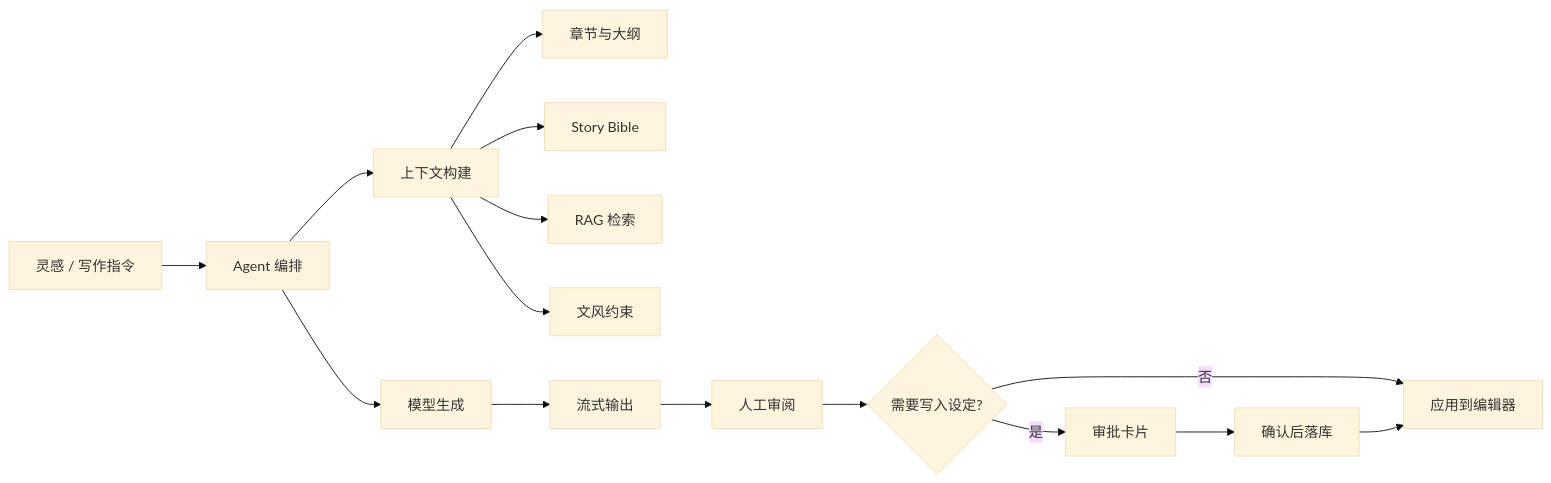
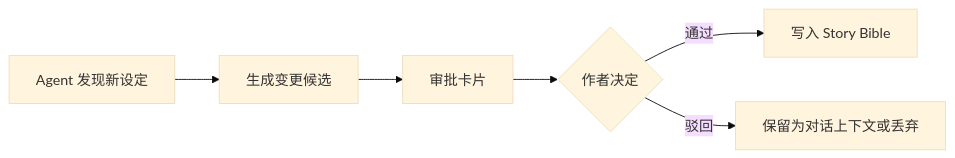
One commit to hamster-yhz/PenMate changed the third of 3 diagrams in README.md. Above: the diagram before and after it, drawn with Mermaid (base theme). The commit also changed other lines of this file, not shown here.

Commit message:
docs: emphasize agent architecture in README

````diff
--- a/README.md
+++ b/README.md
@@ -40,17 +217,8 @@
 ```mermaid
 flowchart LR
-  A["灵感 / 写作指令"] --> B["Agent 编排"]
-  B --> C["上下文构建"]
-  C --> C1["章节与大纲"]
-  C --> C2["Story Bible"]
-  C --> C3["RAG 检索"]
-  C --> C4["文风约束"]
-  B --> D["模型生成"]
-  D --> E["流式输出"]
-  E --> F["人工审阅"]
-  F --> G{"需要写入设定?"}
-  G -- 是 --> H["审批卡片"]
-  H --> I["确认后落库"]
-  G -- 否 --> J["应用到编辑器"]
-  I --> J
+  A["Agent 发现新设定"] --> B["生成变更候选"]
+  B --> C["审批卡片"]
+  C --> D{"作者决定"}
+  D -- 通过 --> E["写入 Story Bible"]
+  D -- 驳回 --> F["保留为对话上下文或丢弃"]
 ```
````
